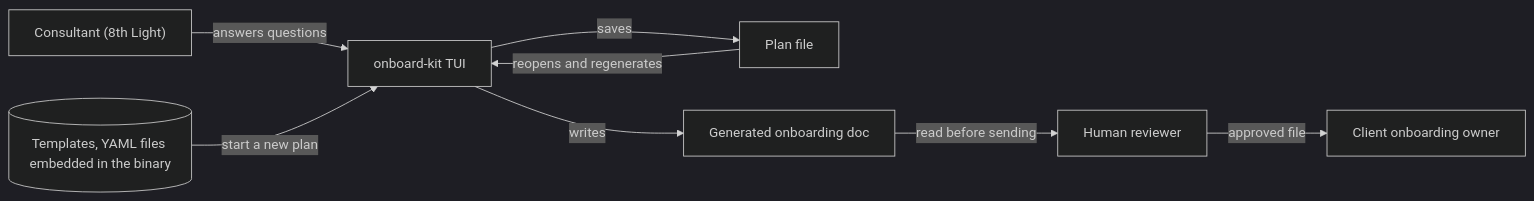
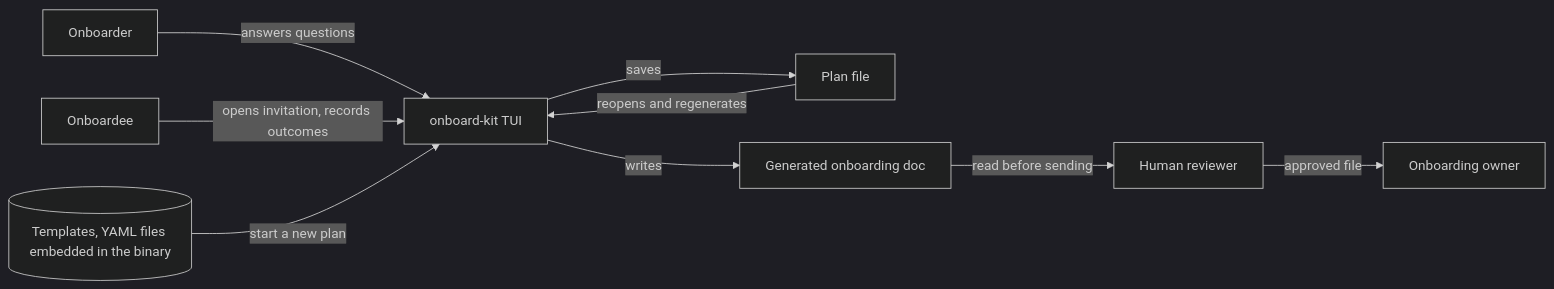
Before and after one commit to 8thlight-daveloper/onboard-kit: the diagram in docs/architecture/context.md, drawn with Mermaid (dark theme). The commit also changed other lines of this file and 2 other files, not shown here.

Commit message:
Say the onboardee runs the tool in the architecture overview and glossary

````diff
--- a/docs/architecture/context.md
+++ b/docs/architecture/context.md
@@ -12,18 +12,20 @@
 ```mermaid
 flowchart LR
-    consultant["Consultant (8th Light)"]
+    onboarder["Onboarder"]
+    onboardee["Onboardee"]
     kit["onboard-kit TUI"]
     templates[("Templates, YAML files embedded in the binary")]
     plan["Plan file"]
     doc["Generated onboarding doc"]
     reviewer["Human reviewer"]
-    client["Client onboarding owner"]
+    owner["Onboarding owner"]
 
-    consultant -->|answers questions| kit
+    onboarder -->|answers questions| kit
+    onboardee -->|opens invitation, records outcomes| kit
     templates -->|start a new plan| kit
     kit -->|saves| plan
     plan -->|reopens and regenerates| kit
     kit -->|writes| doc
     doc -->|read before sending| reviewer
-    reviewer -->|approved file| client
+    reviewer -->|approved file| owner
 ```
````
